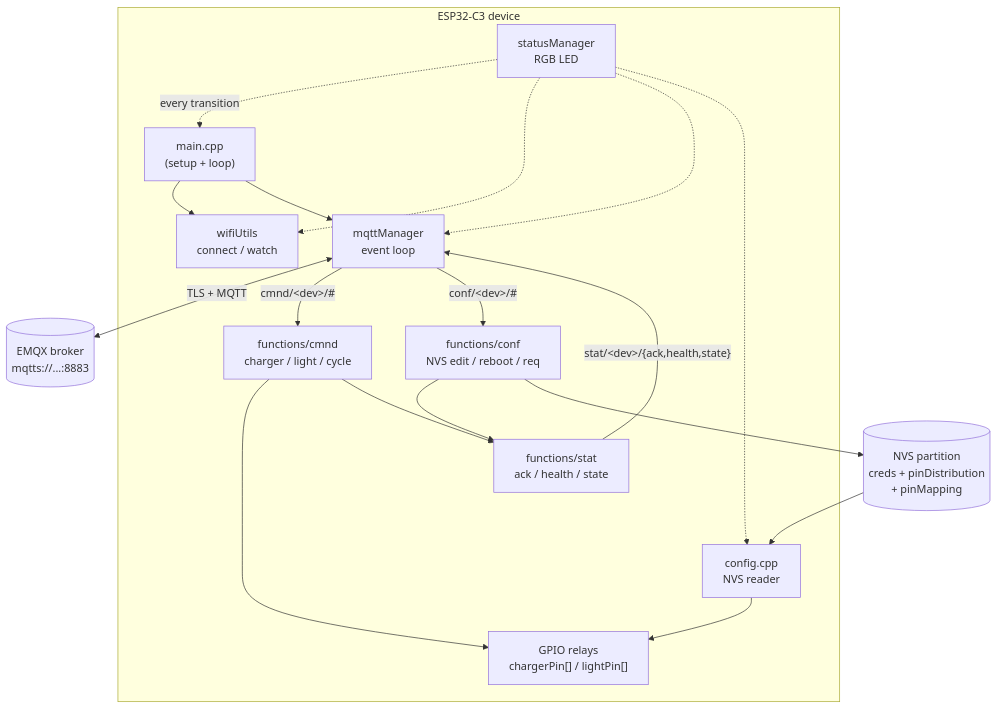
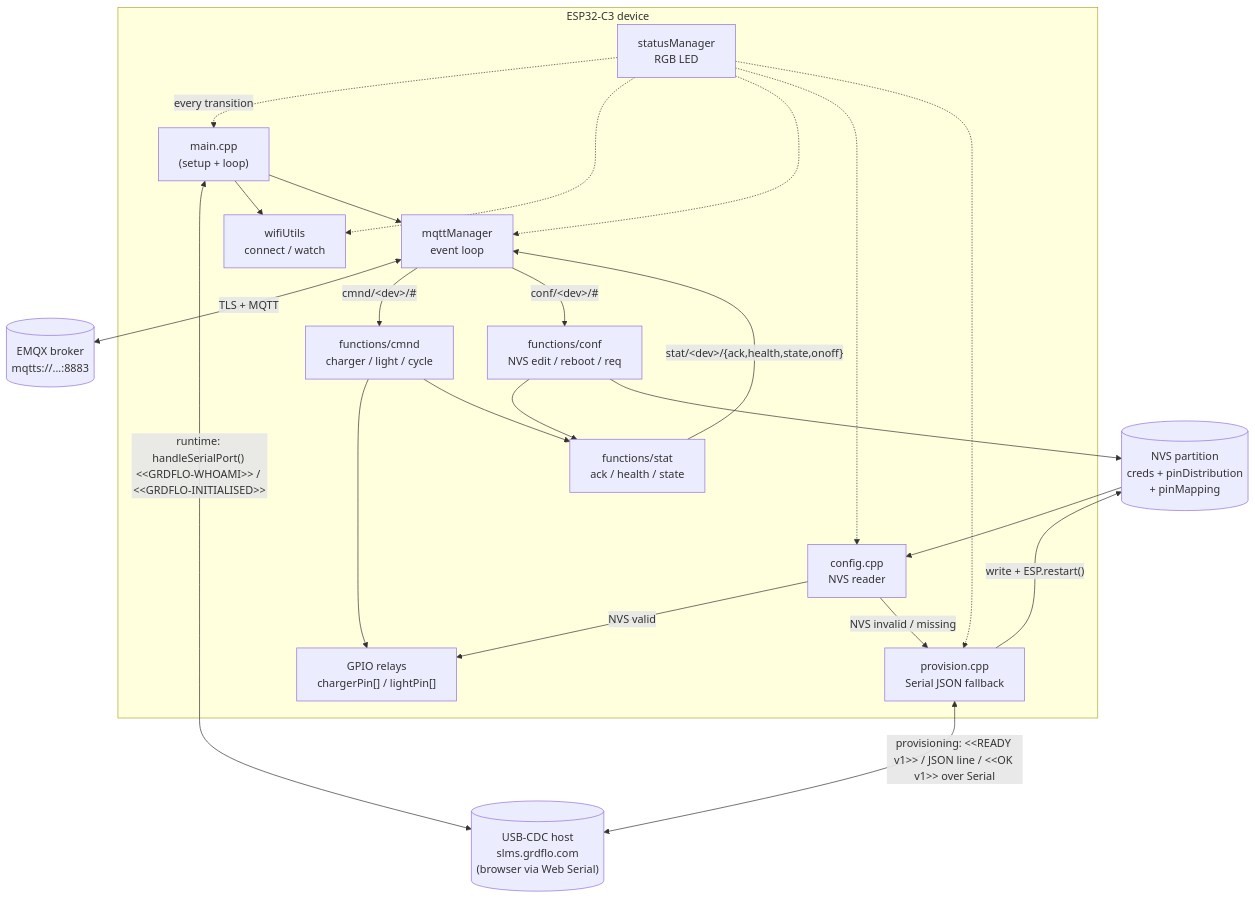
Before and after one commit to pnv28/grdflo-microcontroller: the first of 5 diagrams in DOCUMENTATION.md, drawn with Mermaid. The commit also changed other lines of this file and 5 other files, not shown here.

````diff
--- a/DOCUMENTATION.md
+++ b/DOCUMENTATION.md
@@ -123,34 +148,41 @@
 ```mermaid
 flowchart TB
     subgraph ESP32C3["ESP32-C3 device"]
         Main["main.cpp<br/>(setup + loop)"]
         Config["config.cpp<br/>NVS reader"]
+        Provision["provision.cpp<br/>Serial JSON fallback"]
         Status["statusManager<br/>RGB LED"]
         Wifi["wifiUtils<br/>connect / watch"]
         Mqtt["mqttManager<br/>event loop"]
         Cmnd["functions/cmnd<br/>charger / light / cycle"]
         Conf["functions/conf<br/>NVS edit / reboot / req"]
         Stat["functions/stat<br/>ack / health / state"]
         Relays["GPIO relays<br/>chargerPin[] / lightPin[]"]
     end
 
     NVS[("NVS partition<br/>creds + pinDistribution<br/>+ pinMapping")]
     Broker[("EMQX broker<br/>mqtts://...:8883")]
+    SerialHost[("USB-CDC host<br/>slms.grdflo.com<br/>(browser via Web Serial)")]
 
     NVS --> Config
-    Config --> Relays
+    Config -->|"NVS valid"| Relays
+    Config -->|"NVS invalid / missing"| Provision
+    Provision <-->|"provisioning: &lt;&lt;READY v1&gt;&gt; / JSON line / &lt;&lt;OK v1&gt;&gt; over Serial"| SerialHost
+    Provision -->|"write + ESP.restart()"| NVS
+    Main <-->|"runtime: handleSerialPort() &lt;&lt;GRDFLO-WHOAMI&gt;&gt; / &lt;&lt;GRDFLO-INITIALISED&gt;&gt;"| SerialHost
     Main --> Wifi
     Main --> Mqtt
     Mqtt <-->|"TLS + MQTT"| Broker
     Mqtt -->|"cmnd/&lt;dev&gt;/#"| Cmnd
     Mqtt -->|"conf/&lt;dev&gt;/#"| Conf
     Cmnd --> Relays
     Cmnd --> Stat
     Conf --> Stat
     Conf --> NVS
-    Stat -->|"stat/&lt;dev&gt;/{ack,health,state}"| Mqtt
+    Stat -->|"stat/&lt;dev&gt;/{ack,health,state,onoff}"| Mqtt
     Status -.->|"every transition"| Main
     Status -.-> Wifi
     Status -.-> Mqtt
     Status -.-> Config
+    Status -.-> Provision
 ```
````
